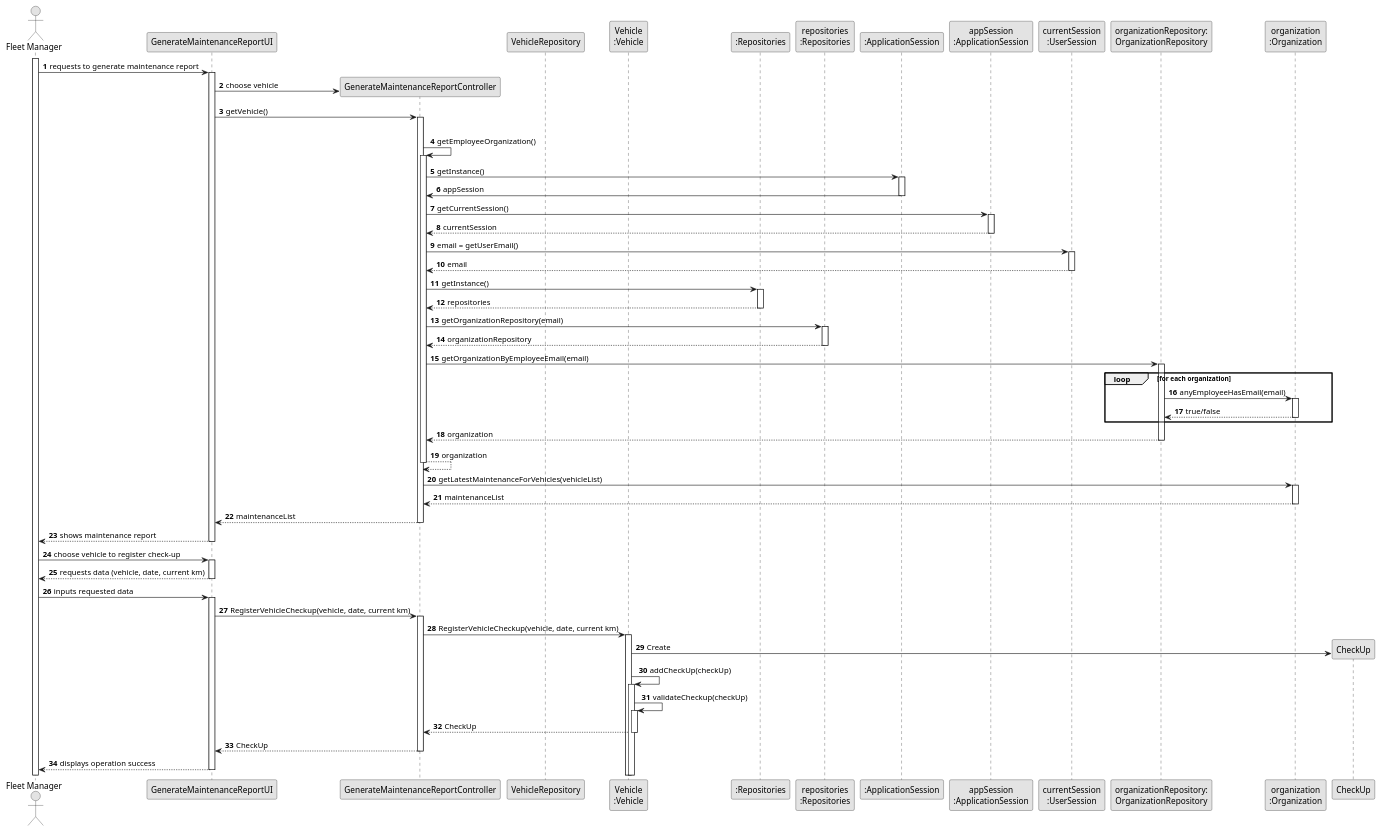
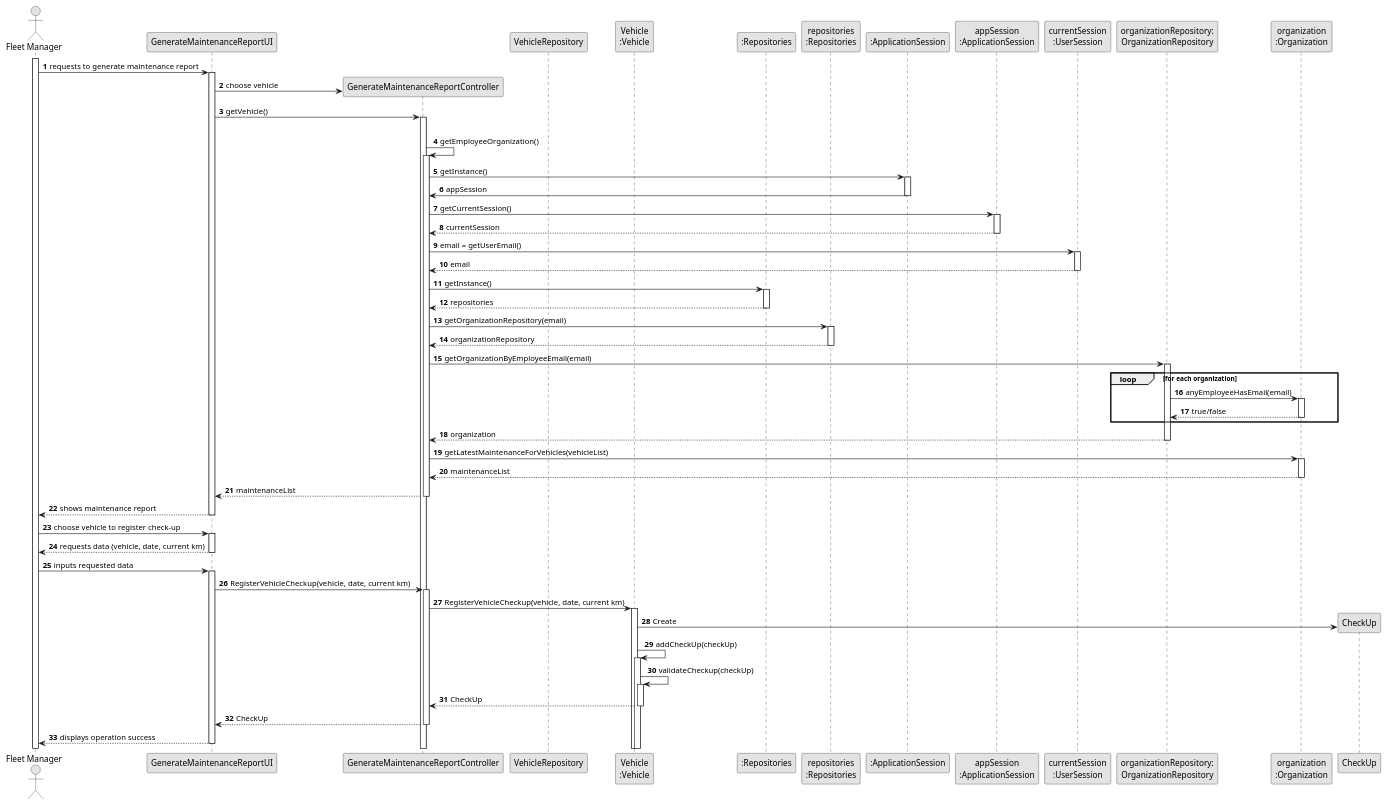
The diagram in docs/sprintB/us008/03.design/puml/us008-sequence-diagram-full.puml (Departamento-de-Engenharia-Informatica/lei-24-s2-1dkl-g134), drawn with PlantUML before and after one commit.

Commit message:
US008 Sequence Diagram Full (Design Update)

```diff
--- a/docs/sprintB/us008/03.design/puml/us008-sequence-diagram-full.puml
+++ b/docs/sprintB/us008/03.design/puml/us008-sequence-diagram-full.puml
@@ -1,136 +1,134 @@
 @startuml
 skinparam monochrome true
 skinparam packageStyle rectangle
 skinparam shadowing false
 
 autonumber
 
 'hide footbox
 actor "Fleet Manager" as FM
 participant "GenerateMaintenanceReportUI" as UI
 participant "GenerateMaintenanceReportController" as CTRL
 participant "VehicleRepository" as VR
 participant "Vehicle\n:Vehicle" as V
 participant ":Repositories" as RepositorySingleton
 participant "repositories\n:Repositories" as PLAT
 participant ":ApplicationSession" as _APP
 participant "appSession\n:ApplicationSession" as APP
 participant "currentSession\n:UserSession" as SESSAO
 participant "organizationRepository:\nOrganizationRepository" as OrganizationRepository
 participant "organization\n:Organization" as ORG
 
 
 activate FM
 
         FM -> UI : requests to generate maintenance report
 
         activate UI
 
 '            UI --> ADM : requests data (reference, description,  informal \n description, technical description, duration, cost)
             'create CTRL
 
             UI -> CTRL** : choose vehicle
 
             UI -> CTRL : getVehicle()
             activate CTRL
 
                 |||
                 CTRL -> CTRL : getEmployeeOrganization()
                 activate CTRL
 
                     CTRL -> _APP: getInstance()
                     activate _APP
                         _APP -> CTRL: appSession
                     deactivate _APP
 
 
                     CTRL -> APP: getCurrentSession()
                     activate APP
 
                         APP --> CTRL: currentSession
                     deactivate APP
 
                     CTRL -> SESSAO: email = getUserEmail()
                     activate SESSAO
 
                         SESSAO --> CTRL: email
                     deactivate SESSAO
 
                     CTRL -> RepositorySingleton: getInstance()
                     activate RepositorySingleton
 
                     RepositorySingleton --> CTRL: repositories
                     deactivate RepositorySingleton
 
                     CTRL -> PLAT: getOrganizationRepository(email)
                     activate PLAT
 
                         PLAT --> CTRL: organizationRepository
                     deactivate PLAT
 
 
                     CTRL -> OrganizationRepository: getOrganizationByEmployeeEmail(email)
                     activate OrganizationRepository
 
                         loop for each organization
 
                             OrganizationRepository -> ORG : anyEmployeeHasEmail(email)
                             activate ORG
 
                                  ORG --> OrganizationRepository : true/false
                             deactivate ORG
                         end
                         OrganizationRepository --> CTRL : organization
                     deactivate OrganizationRepository
 
-                    CTRL --> CTRL : organization
-                deactivate CTRL
 
                 CTRL -> ORG: getLatestMaintenanceForVehicles(vehicleList)
                 activate ORG
 
                 ORG --> CTRL: maintenanceList
                 deactivate ORG
 
                 CTRL --> UI :maintenanceList
             deactivate CTRL
 
             UI --> FM :  shows maintenance report
         deactivate UI
 
         FM -> UI : choose vehicle to register check-up
                  activate UI
 
         UI -->  FM : requests data (vehicle, date, current km)
                  deactivate UI
         FM -> UI : inputs requested data
                 activate UI
 
                  UI -> CTRL : RegisterVehicleCheckup(vehicle, date, current km)
                  activate CTRL
 
    CTRL -> V : RegisterVehicleCheckup(vehicle, date, current km)
                           activate V
 
               V -> CheckUp** : Create
 
 
               V ->V : addCheckUp(checkUp)
               activate V
 
               V->V : validateCheckup(checkUp)
               activate V
 
 
 
               V--->CTRL : CheckUp
 
                           deactivate V
               CTRL ---> UI : CheckUp
                           deactivate CTRL
 
               UI ---> FM : displays operation success
                           deactivate UI
 
 
 @enduml
```
